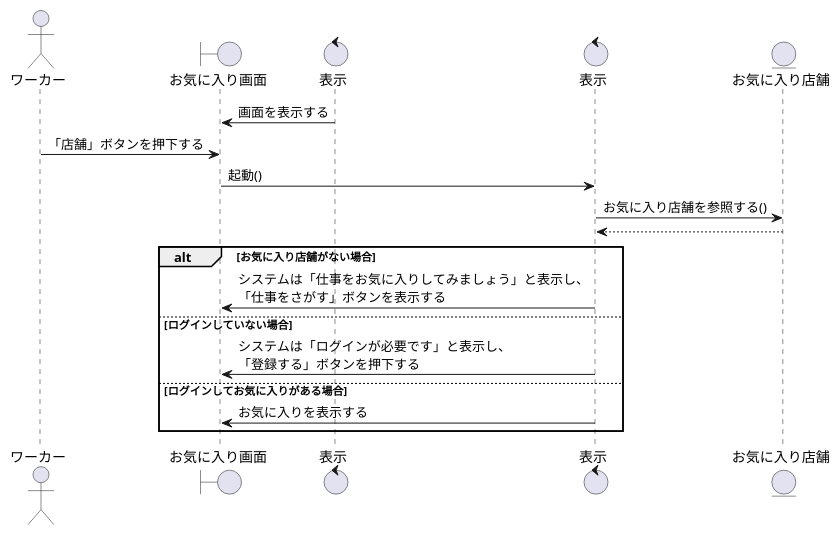
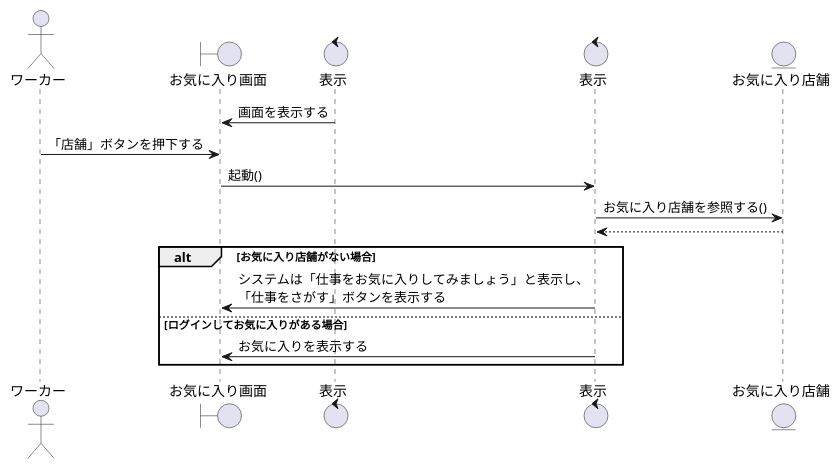
The diagram in sequence_fig/3_favorite_fn/1_お気に入りの店舗を閲覧する.pu (irukacb256/high_Me), drawn with PlantUML before and after one commit. The commit also changed 13 other files, not shown here.

```diff
--- a/sequence_fig/3_favorite_fn/1_お気に入りの店舗を閲覧する.pu
+++ b/sequence_fig/3_favorite_fn/1_お気に入りの店舗を閲覧する.pu
@@ -1,29 +1,26 @@
 @startuml お気に入りの店舗を閲覧する
 
 ' 1
 actor ワーカー as wo1
 boundary お気に入り画面 as fv1
 control 表示 as co1
 control 表示 as co2
 
 entity お気に入り店舗 as fa1
 
 ' 2
 fv1 <- co1 :画面を表示する
 wo1 -> fv1 :「店舗」ボタンを押下する
 fv1 -> co2 :起動()
 
 co2 -> fa1 : お気に入り店舗を参照する()
 co2 <-- fa1
 alt お気に入り店舗がない場合
     co2 -> fv1 : システムは「仕事をお気に入りしてみましょう」と表示し、\n「仕事をさがす」ボタンを表示する
 
-else ログインしていない場合
-    co2 -> fv1 : システムは「ログインが必要です」と表示し、\n「登録する」ボタンを押下する
-
 else ログインしてお気に入りがある場合
     co2 -> fv1 : お気に入りを表示する
 
 end
 
 @enduml
```
